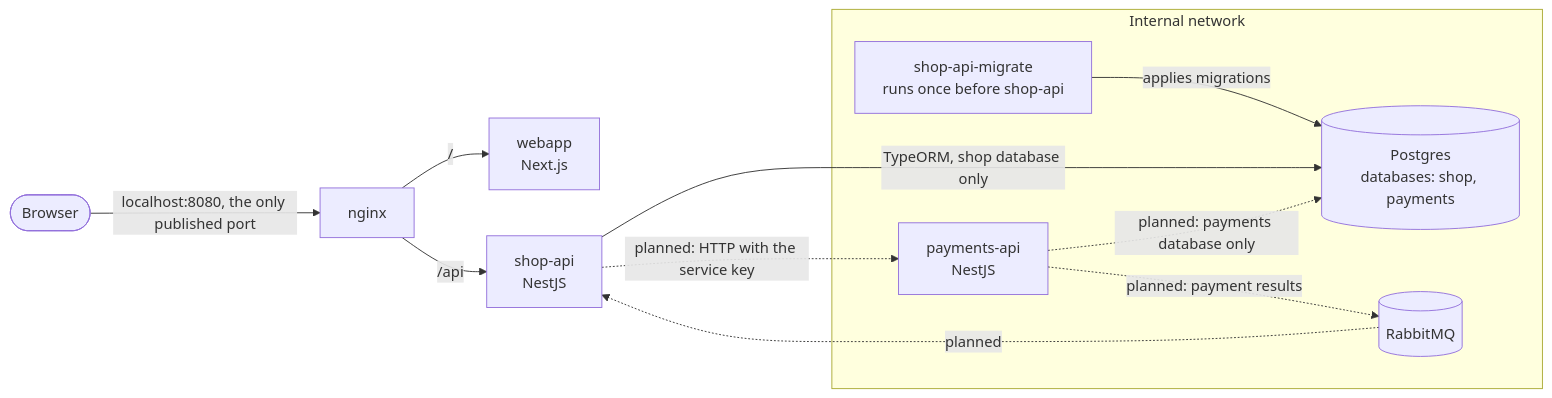
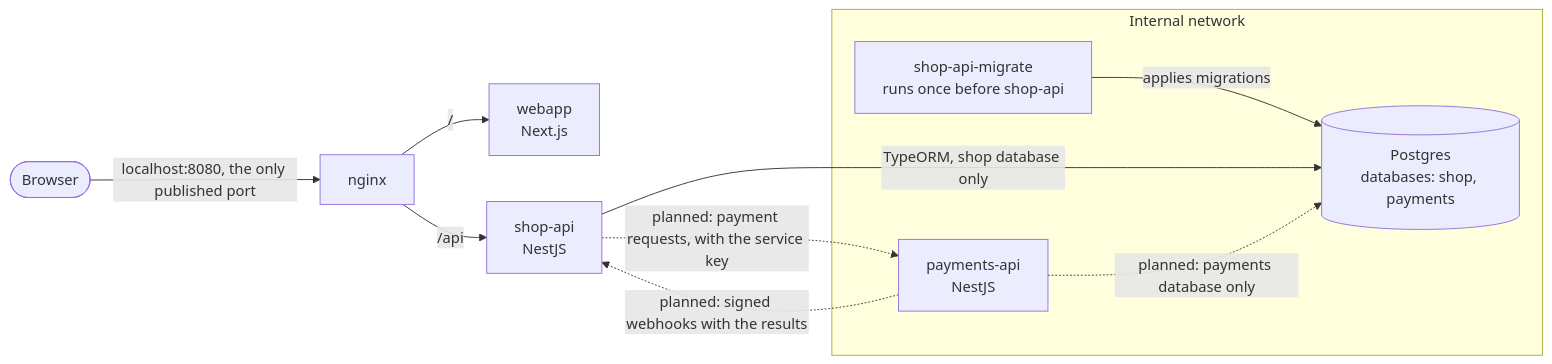
One commit to chaarlie/shopping-app changed the diagram in docs/architecture.md. Above: the diagram before and after it, drawn with Mermaid. The commit also changed other lines of this file and 3 other files, not shown here.

First line of the commit message:
build: drop RabbitMQ in favor of signed payment webhooks

````diff
--- a/docs/architecture.md
+++ b/docs/architecture.md
@@ -5,21 +5,19 @@
 ```mermaid
 flowchart LR
     browser([Browser]) -->|"localhost:8080, the only published port"| nginx
 
     nginx -->|"/"| webapp["webapp<br/>Next.js"]
     nginx -->|"/api"| shop["shop-api<br/>NestJS"]
 
     subgraph internal ["Internal network"]
         migrate["shop-api-migrate<br/>runs once before shop-api"]
         payments["payments-api<br/>NestJS"]
         postgres[("Postgres<br/>databases: shop, payments")]
-        rabbitmq[("RabbitMQ")]
     end
 
     migrate -->|"applies migrations"| postgres
     shop -->|"TypeORM, shop database only"| postgres
-    shop -.->|"planned: HTTP with the service key"| payments
+    shop -.->|"planned: payment requests, with the service key"| payments
+    payments -.->|"planned: signed webhooks with the results"| shop
     payments -.->|"planned: payments database only"| postgres
-    payments -.->|"planned: payment results"| rabbitmq
-    rabbitmq -.->|"planned"| shop
 ```
````
